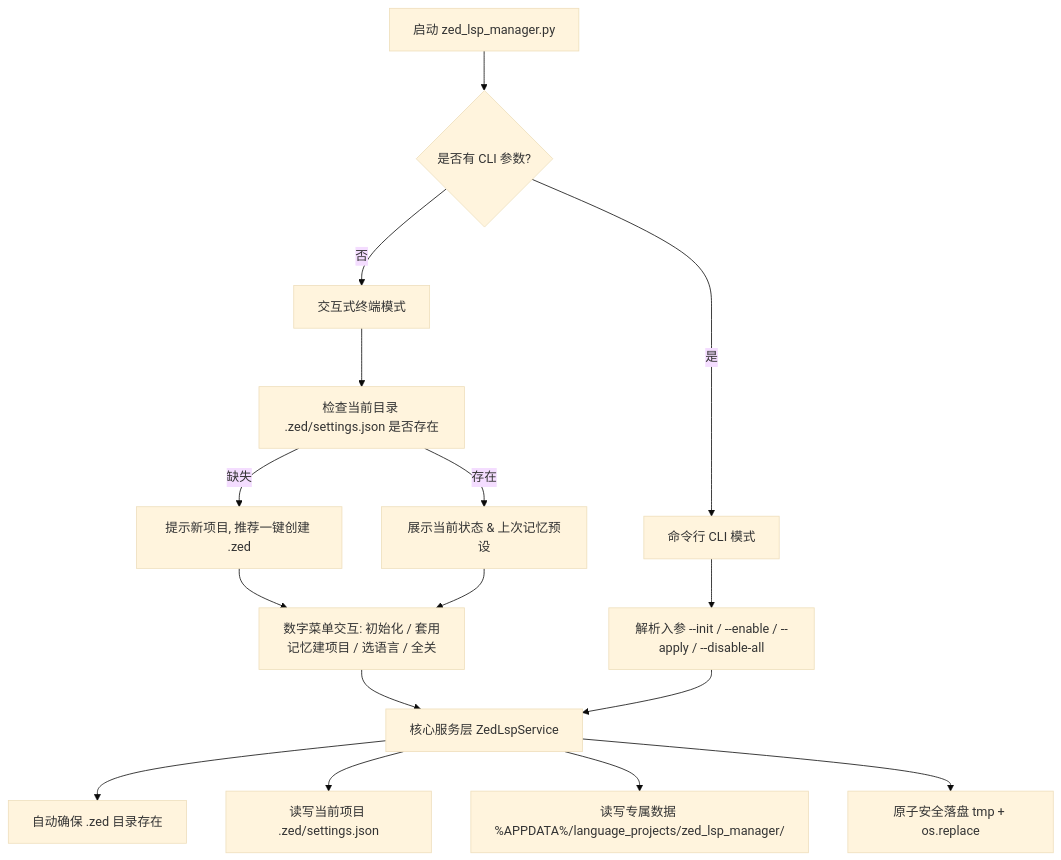
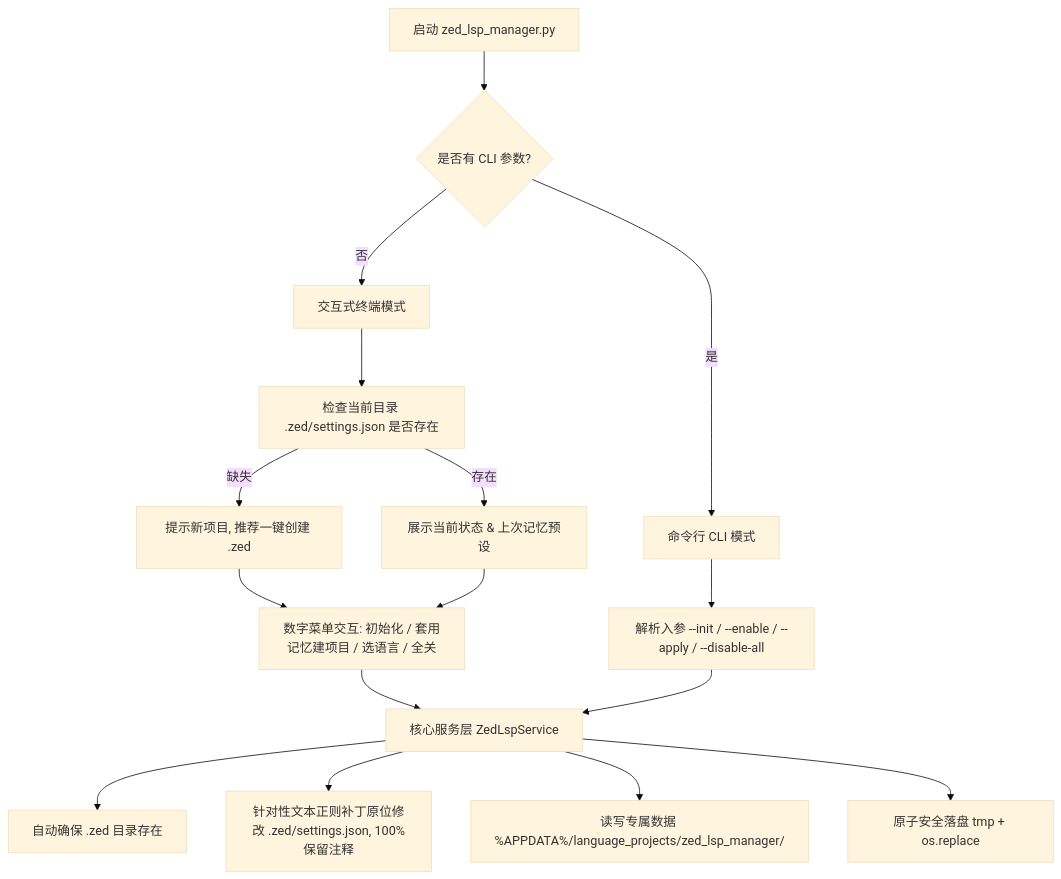
One commit to shihao-hub/td-language_projects changed the diagram in docs/plans/44-zed-lsp-manager.md. Above: the diagram before and after it, drawn with Mermaid (base theme). The commit also changed other lines of this file, not shown here.

First line of the commit message:
docs(plans): 更新 Zed LSP 管理脚本注释保真引擎与恢复记录

````diff
--- a/docs/plans/44-zed-lsp-manager.md
+++ b/docs/plans/44-zed-lsp-manager.md
@@ -44,21 +49,21 @@
 ```mermaid
 flowchart TD
     A[启动 zed_lsp_manager.py] --> B{是否有 CLI 参数?}
     B -- 否 --> C[交互式终端模式]
     B -- 是 --> D[命令行 CLI 模式]
     
     C --> C1[检查当前目录 .zed/settings.json 是否存在]
     C1 -- 缺失 --> C2[提示新项目, 推荐一键创建 .zed]
     C1 -- 存在 --> C3[展示当前状态 & 上次记忆预设]
     C2 --> C4[数字菜单交互: 初始化 / 套用记忆建项目 / 选语言 / 全关]
     C3 --> C4
     C4 --> E[核心服务层 ZedLspService]
     
     D --> D1[解析入参 --init / --enable / --apply / --disable-all]
     D1 --> E
     
     E --> F1[自动确保 .zed 目录存在]
-    E --> F2[读写当前项目 .zed/settings.json]
+    E --> F2[针对性文本正则补丁原位修改 .zed/settings.json, 100%保留注释]
     E --> F3[读写专属数据 %APPDATA%/language_projects/zed_lsp_manager/]
     E --> G[原子安全落盘 tmp + os.replace]
 ```
````
